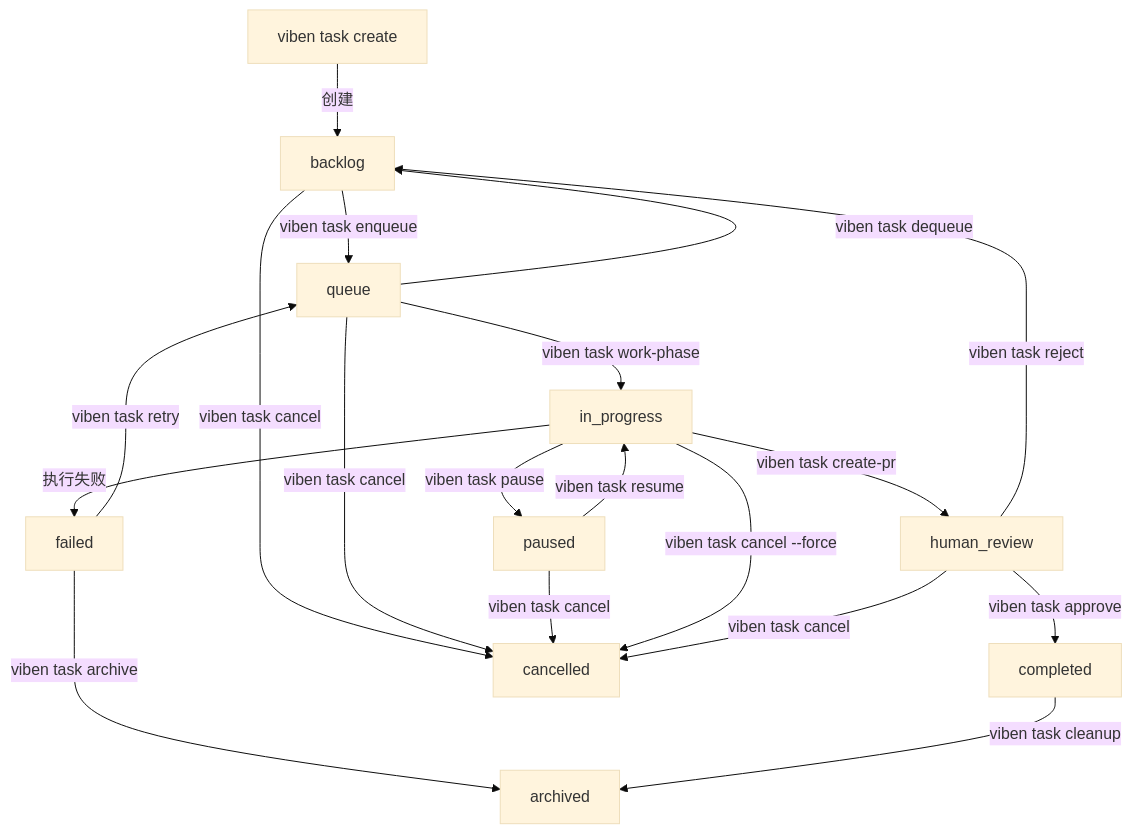
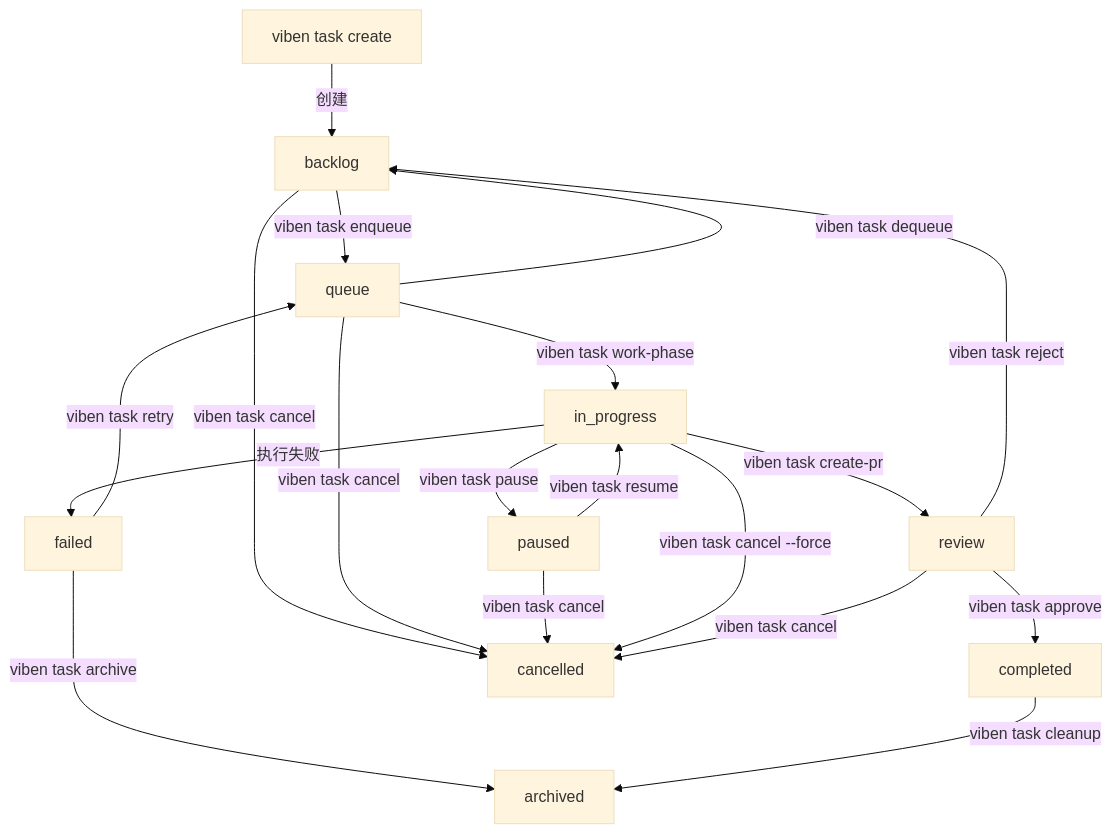
Before and after one commit to LinXueyuanStdio/viben: the diagram in docs/specs/modules/cli/task.md, drawn with Mermaid (base theme). The commit also changed other lines of this file and 26 other files, not shown here.

Commit message:
📝 [refactor] Rename "human_review" to "review" across documentation and workflows

````diff
--- a/docs/specs/modules/cli/task.md
+++ b/docs/specs/modules/cli/task.md
@@ -463,22 +463,22 @@
 ```mermaid
 flowchart TD
     A[viben task create] -->|创建| B[backlog]
     B -->|viben task enqueue| C[queue]
     C -->|viben task work-phase| D[in_progress]
     D -->|viben task pause| E[paused]
     E -->|viben task resume| D
-    D -->|viben task create-pr| F[human_review]
+    D -->|viben task create-pr| F[review]
     F -->|viben task approve| G[completed]
     F -->|viben task reject| B
     C -->|viben task dequeue| B
     D -->|执行失败| H[failed]
     H -->|viben task retry| C
     H -->|viben task archive| I[archived]
     G -->|viben task cleanup| I
 
     B -->|viben task cancel| J[cancelled]
     C -->|viben task cancel| J
     E -->|viben task cancel| J
     D -->|viben task cancel --force| J
     F -->|viben task cancel| J
 ```
````
